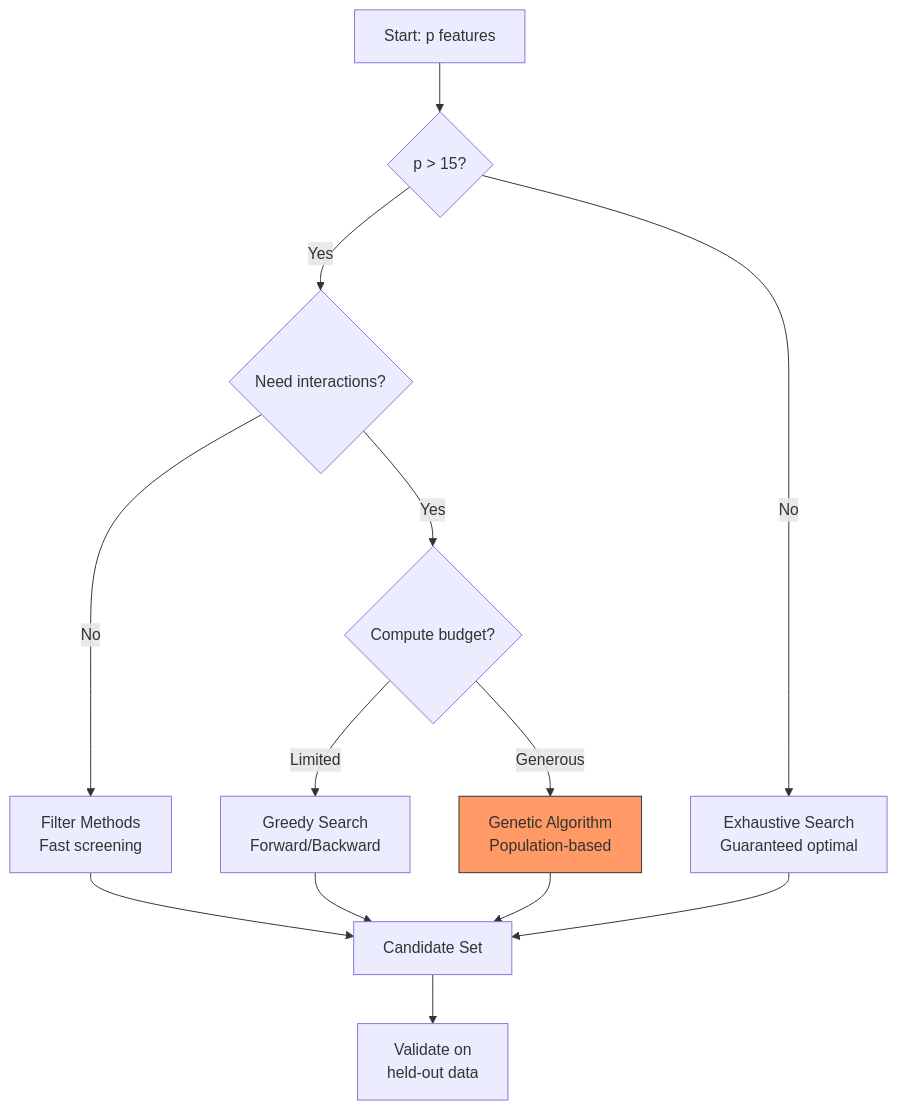
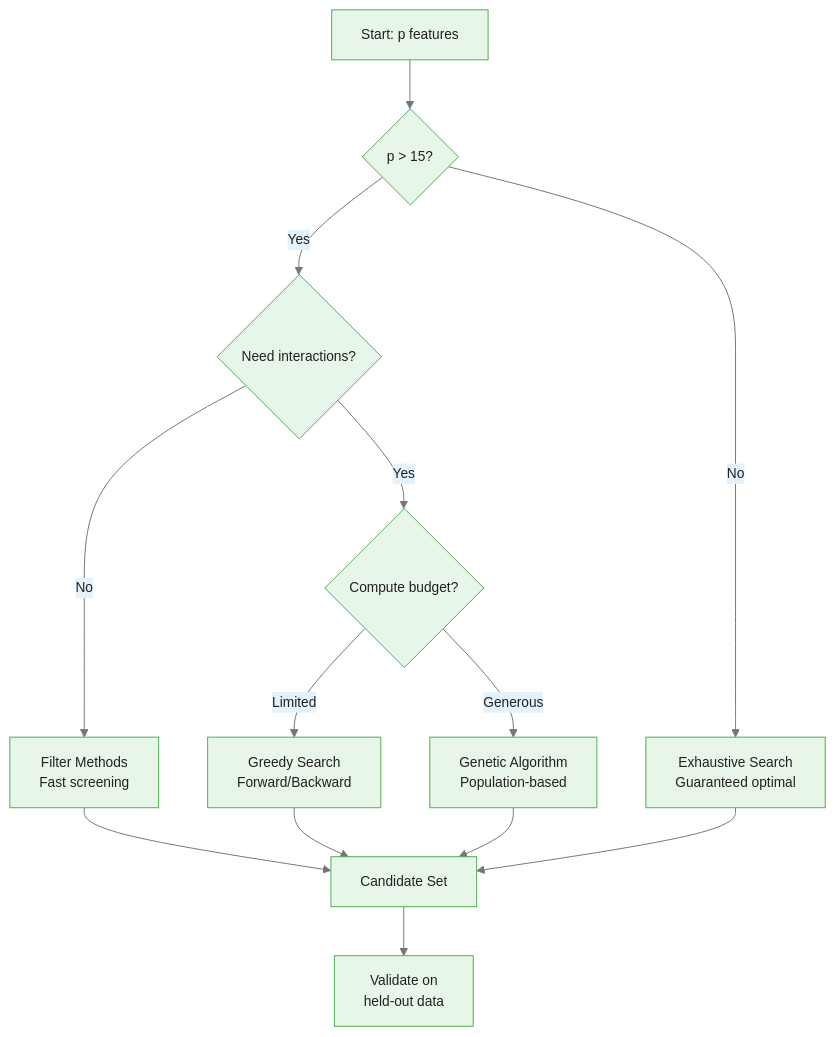
The third of 3 diagrams in courses/genetic-algorithms-feature-selection/modules/module_00_foundations/guides/01_feature_selection_challenge_slides.md (m-deane/course-creator), drawn with Mermaid before and after one commit. The commit also changed other lines of this file and 52 other files, not shown here.

````diff
--- a/courses/genetic-algorithms-feature-selection/modules/module_00_foundations/guides/01_feature_selection_challenge_slides.md
+++ b/courses/genetic-algorithms-feature-selection/modules/module_00_foundations/guides/01_feature_selection_challenge_slides.md
@@ -298,16 +343,16 @@
 ```mermaid
+%%{init: {"theme": "base", "themeVariables": {"primaryColor": "#e8f5e9", "primaryBorderColor": "#4caf50", "primaryTextColor": "#212121", "secondaryColor": "#e3f2fd", "tertiaryColor": "#fff8e1", "lineColor": "#757575", "fontFamily": "Inter, sans-serif", "fontSize": "14px"}}}%%
 flowchart TD
     A[Start: p features] --> B{p > 15?}
     B -->|No| C[Exhaustive Search<br/>Guaranteed optimal]
     B -->|Yes| D{Need interactions?}
     D -->|No| E[Filter Methods<br/>Fast screening]
     D -->|Yes| F{Compute budget?}
     F -->|Limited| G[Greedy Search<br/>Forward/Backward]
     F -->|Generous| H[Genetic Algorithm<br/>Population-based]
     E --> I[Candidate Set]
     G --> I
     H --> I
     C --> I
     I --> J[Validate on<br/>held-out data]
-    style H fill:#f96,stroke:#333
 ```
````
